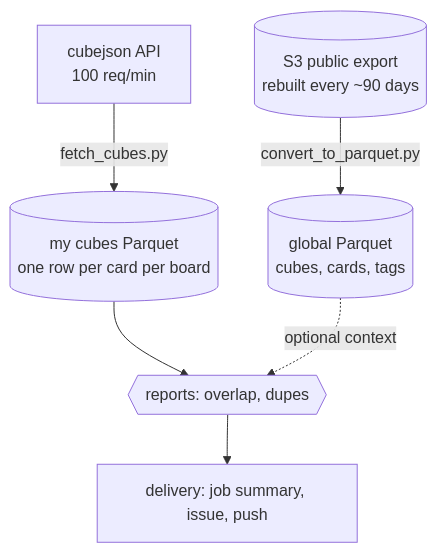
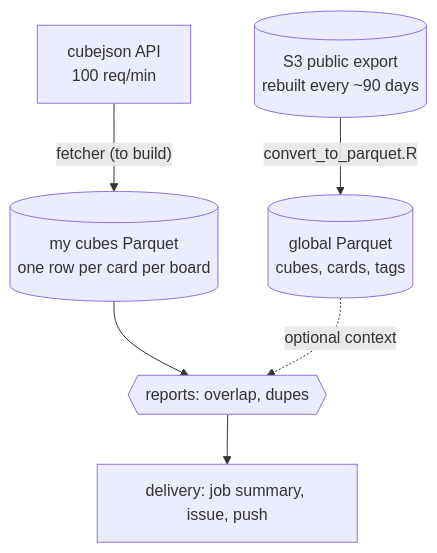
Before and after one commit to colin-ww/cubecobra-tinkering: the diagram in docs/roadmap.md, drawn with Mermaid. The commit also changed other lines of this file and 1 other file, not shown here.

````diff
--- a/docs/roadmap.md
+++ b/docs/roadmap.md
@@ -28,8 +30,8 @@
 ```mermaid
 flowchart TB
-    S3[("S3 public export<br/>rebuilt every ~90 days")] -->|convert_to_parquet.py| G[("global Parquet<br/>cubes, cards, tags")]
-    API["cubejson API<br/>100 req/min"] -->|fetch_cubes.py| M[("my cubes Parquet<br/>one row per card per board")]
+    S3[("S3 public export<br/>rebuilt every ~90 days")] -->|convert_to_parquet.R| G[("global Parquet<br/>cubes, cards, tags")]
+    API["cubejson API<br/>100 req/min"] -->|"fetcher (to build)"| M[("my cubes Parquet<br/>one row per card per board")]
     M --> R{{"reports: overlap, dupes"}}
     G -.->|optional context| R
     R --> D["delivery: job summary, issue, push"]
 ```
````
